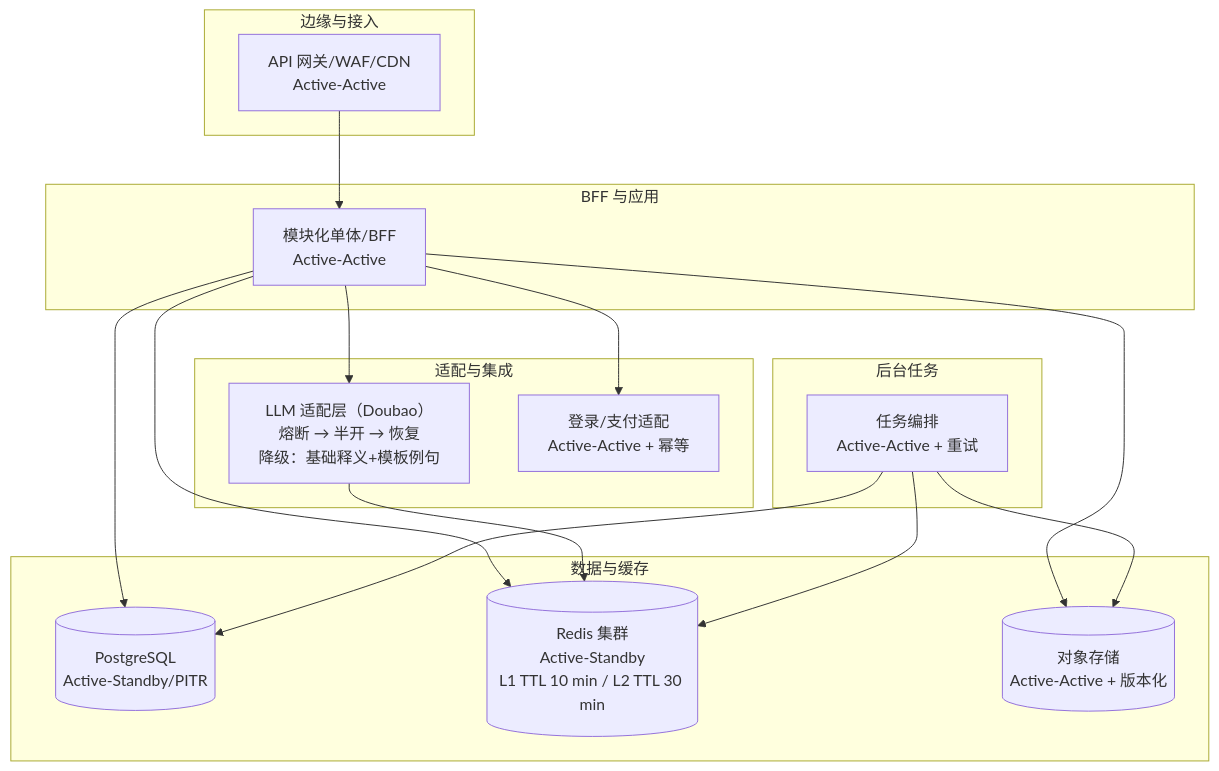
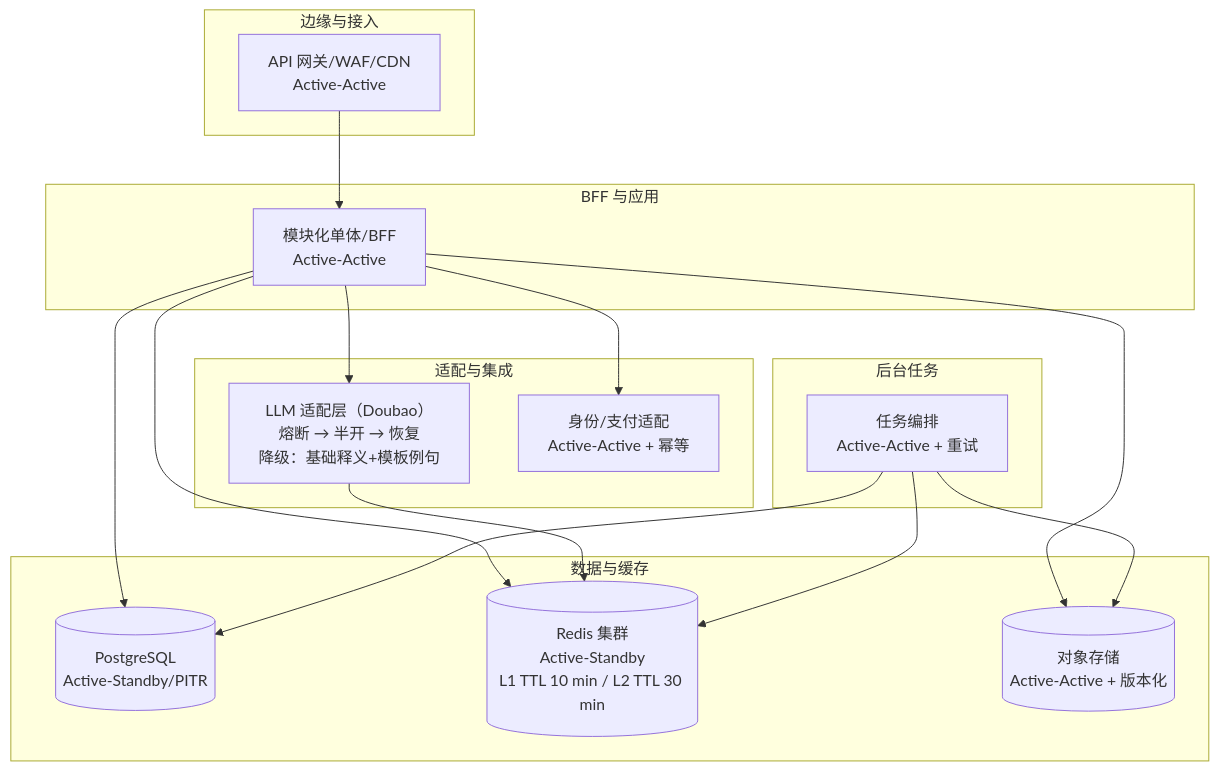
The diagram in doc/需求说明文档/第 7 章 系统架构与组件.md (TaylorChyi/glancy), drawn with Mermaid before and after one commit. The commit also changed other lines of this file and 24 other files, not shown here.

````diff
--- a/doc/需求说明文档/第 7 章 系统架构与组件.md
+++ b/doc/需求说明文档/第 7 章 系统架构与组件.md
@@ -34,30 +34,30 @@
 ```mermaid
 flowchart TD
     subgraph Edge[边缘与接入]
         CDN[API 网关/WAF/CDN\nActive-Active]
     end
     subgraph App[BFF 与应用]
         BFF[模块化单体/BFF\nActive-Active]
     end
     subgraph Adapter[适配与集成]
         LLM[LLM 适配层（Doubao）\n熔断 → 半开 → 恢复\n降级：基础释义+模板例句]
-        Auth[登录/支付适配\nActive-Active + 幂等]
+        Auth[身份/支付适配\nActive-Active + 幂等]
     end
     subgraph Data[数据与缓存]
         DB[(PostgreSQL\nActive-Standby/PITR)]
         Redis[(Redis 集群\nActive-Standby\nL1 TTL 10 min / L2 TTL 30 min)]
         OSS[(对象存储\nActive-Active + 版本化)]
     end
     subgraph Task[后台任务]
         Jobs[任务编排\nActive-Active + 重试]
     end
     CDN --> BFF --> LLM
     BFF --> Auth
     BFF --> Redis
     BFF --> DB
     BFF --> OSS
     LLM --> Redis
     Jobs --> OSS
     Jobs --> DB
     Jobs --> Redis
 ```
````
